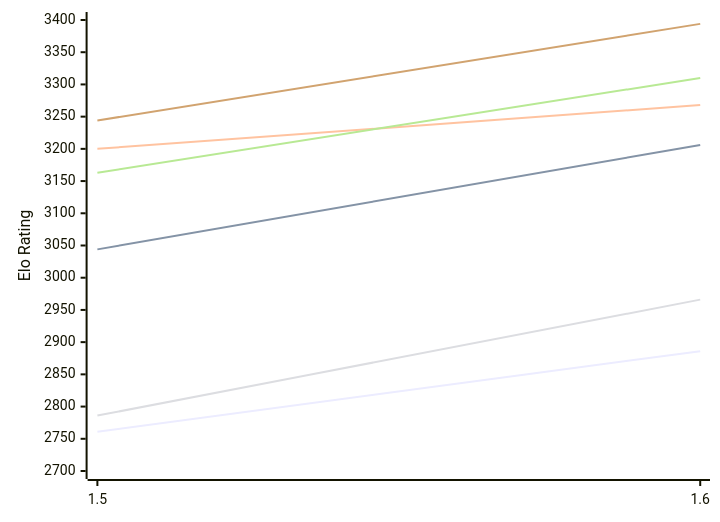
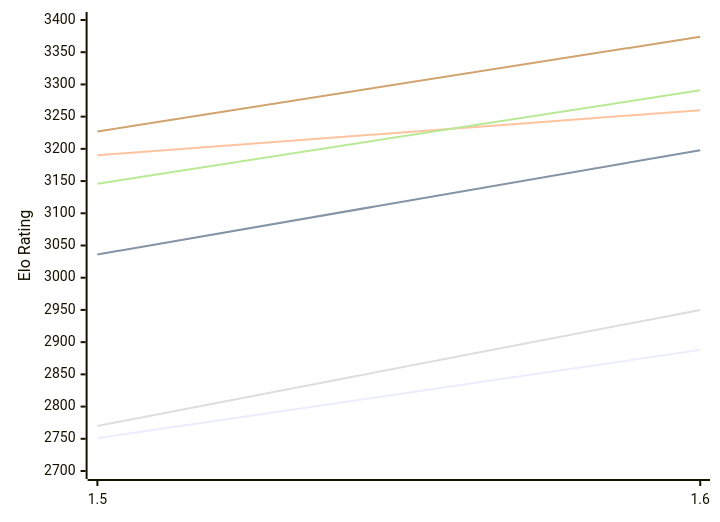
Before and after one commit to computer-chess-index/cci: the first of 2 diagrams in engines/Yakka.md, drawn with Mermaid. The commit also changed other lines of this file, not shown here.

Commit message:
Update CCI Ratings (ELO VLTC) - 2026-11-02

````diff
--- a/engines/Yakka.md
+++ b/engines/Yakka.md
@@ -51,12 +51,12 @@
 ```mermaid
 %%{init: {"theme":"base","themeVariables":{"seriesColors:['#a3a3a3','#222221','#faa371']}}}%%
 xychart-beta
   x-axis ["1.5", "1.6"]
   y-axis "Elo Rating" 2700 --> 3400
-  line "E1: STC (8.0+0.08s)" [2761, 2886]
-  line "E1: LTC (60.0+0.60s)" [3044, 3206]
-  line "E1: VLTC (2m24s+1.12s)" [3200, 3268]
-  line "P1: STC (8.0+0.08s)" [2786, 2966]
-  line "P1: LTC (60.0+0.60s)" [3163, 3310]
-  line "P1: VLTC (2m24s+1.12s)" [3244, 3394]
+  line "E1: STC (8.0+0.08s)" [2751, 2888]
+  line "E1: LTC (60.0+0.60s)" [3036, 3198]
+  line "E1: VLTC (2m24s+1.12s)" [3190, 3260]
+  line "P1: STC (8.0+0.08s)" [2770, 2950]
+  line "P1: LTC (60.0+0.60s)" [3146, 3291]
+  line "P1: VLTC (2m24s+1.12s)" [3227, 3374]
 ```
````
